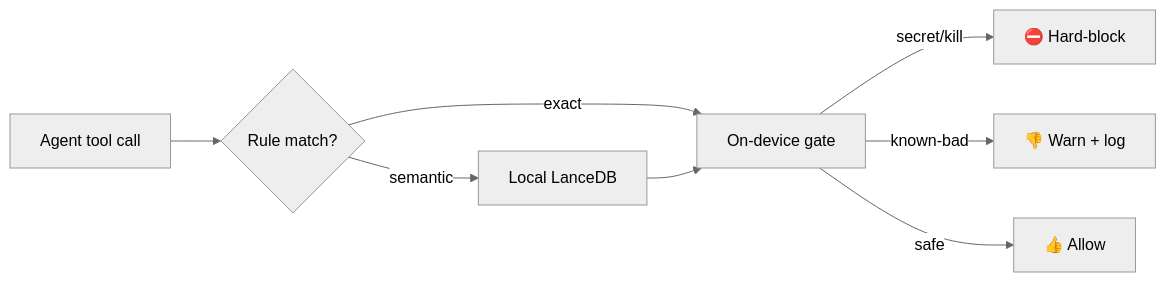
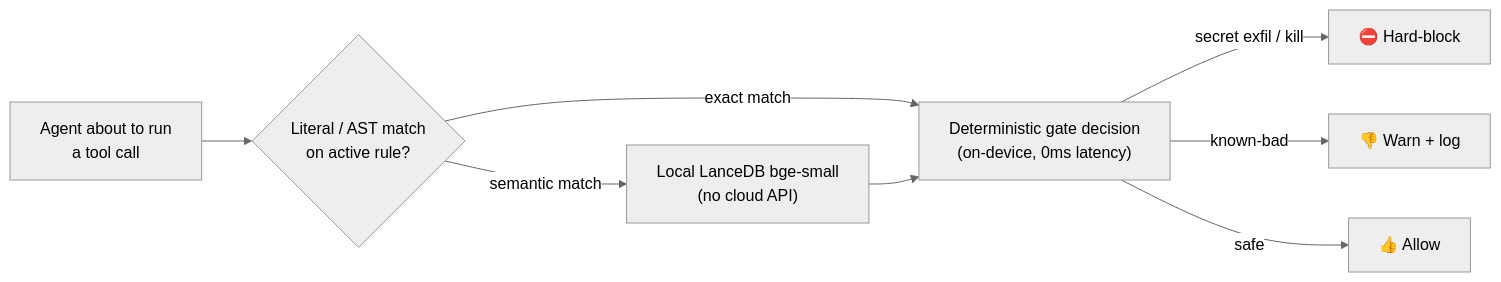
One commit to IgorGanapolsky/ThumbGate changed the diagram in README.md. Above: the diagram before and after it, drawn with Mermaid (neutral theme). The commit also changed other lines of this file and 2 other files, not shown here.

````diff
--- a/README.md
+++ b/README.md
@@ -186,10 +230,10 @@
 ```mermaid
 flowchart LR
-    A["Agent tool call"] --> B{"Rule match?"}
-    B -- exact --> D["On-device gate"]
-    B -- semantic --> C["Local LanceDB"]
+    A["Agent about to run<br/>a tool call"] --> B{"Literal / AST match<br/>on active rule?"}
+    B -- "exact match" --> D["Deterministic gate decision<br/>(on-device, 0ms latency)"]
+    B -- "semantic match" --> C["Local LanceDB bge-small<br/>(no cloud API)"]
     C --> D
-    D -- secret/kill --> E["⛔ Hard-block"]
-    D -- known-bad --> G["👎 Warn + log"]
-    D -- safe --> F["👍 Allow"]
+    D -- "secret exfil / kill" --> E["⛔ Hard-block"]
+    D -- "known-bad" --> G["👎 Warn + log"]
+    D -- "safe" --> F["👍 Allow"]
 ```
````
